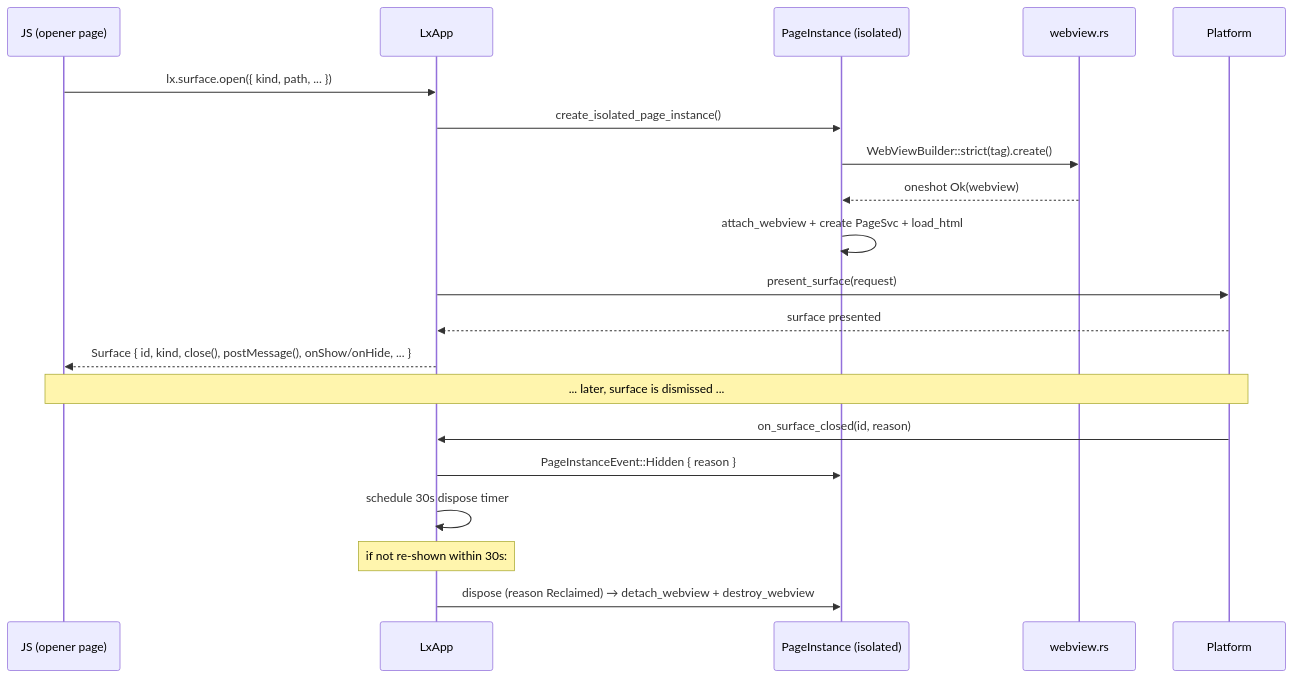
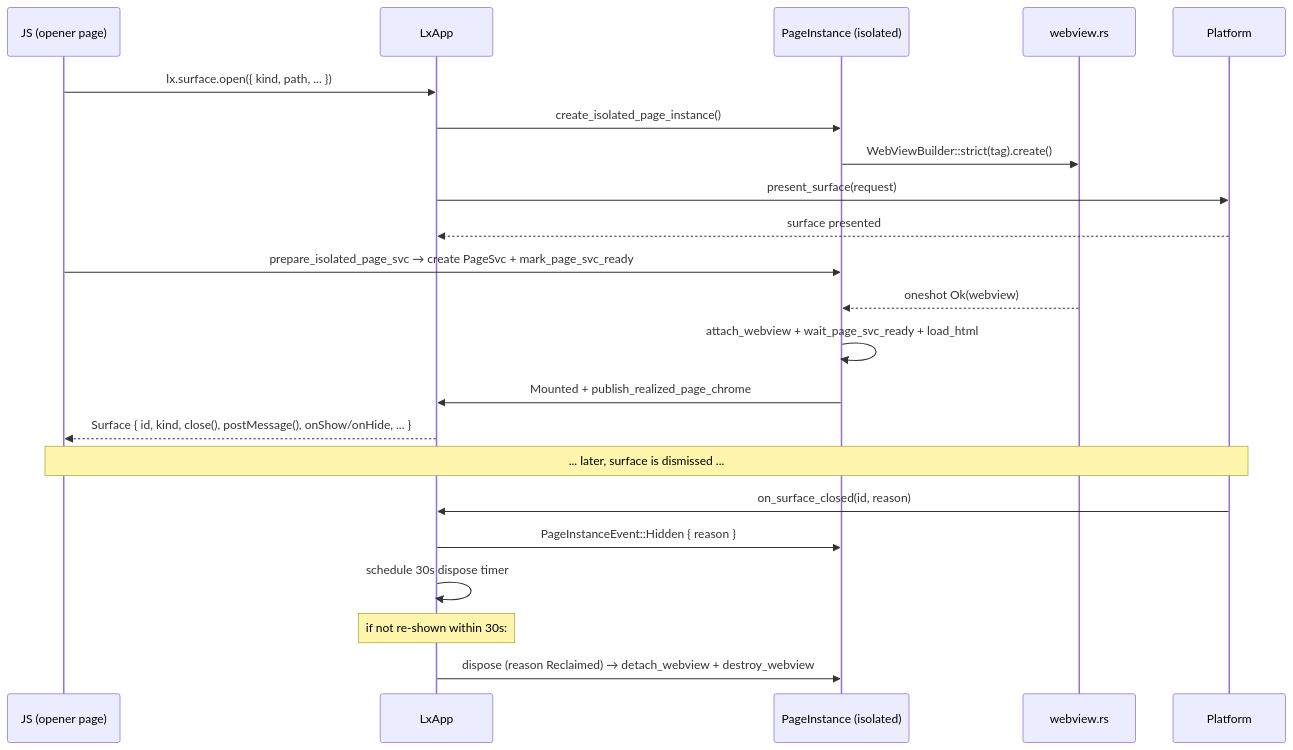
The second of 5 diagrams in docs/internal/webview-lifecycle.md (LingXia-Dev/LingXia), drawn with Mermaid before and after one commit. The commit also changed other lines of this file and 3 other files, not shown here.

First line of the commit message:
fix(surface): bound the isolated page-svc wait and leave scene pages alone

````diff
--- a/docs/internal/webview-lifecycle.md
+++ b/docs/internal/webview-lifecycle.md
@@ -820,25 +838,27 @@
 ```mermaid
 sequenceDiagram
   participant JS as JS (opener page)
   participant LxApp
   participant PI as PageInstance (isolated)
   participant Core as webview.rs
   participant Platform
 
   JS->>LxApp: lx.surface.open({ kind, path, ... })
   LxApp->>PI: create_isolated_page_instance()
   PI->>Core: WebViewBuilder::strict(tag).create()
-  Core-->>PI: oneshot Ok(webview)
-  PI->>PI: attach_webview + create PageSvc + load_html
   LxApp->>Platform: present_surface(request)
   Platform-->>LxApp: surface presented
+  JS->>PI: prepare_isolated_page_svc → create PageSvc + mark_page_svc_ready
+  Core-->>PI: oneshot Ok(webview)
+  PI->>PI: attach_webview + wait_page_svc_ready + load_html
+  PI->>LxApp: Mounted + publish_realized_page_chrome
   LxApp-->>JS: Surface { id, kind, close(), postMessage(), onShow/onHide, ... }
 
   Note over JS,Platform: ... later, surface is dismissed ...
 
   Platform->>LxApp: on_surface_closed(id, reason)
   LxApp->>PI: PageInstanceEvent::Hidden { reason }
   LxApp->>LxApp: schedule 30s dispose timer
   Note over LxApp: if not re-shown within 30s:
   LxApp->>PI: dispose (reason Reclaimed) → detach_webview + destroy_webview
 ```
````
